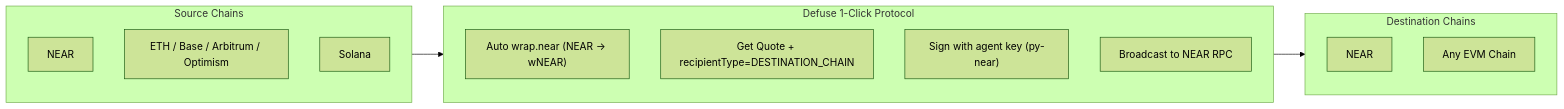
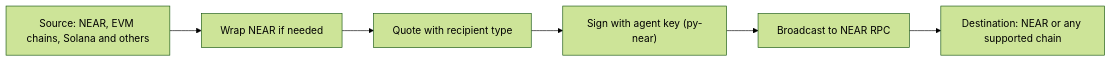
Diagram 11 of 11 in README.md (TheDarrk/N-agent), drawn with Mermaid (forest theme) before and after one commit. The commit also changed other lines of this file and 6 other files, not shown here.

````diff
--- a/README.md
+++ b/README.md
@@ -783,22 +676,8 @@
 ```mermaid
 flowchart LR
-    subgraph Sources["Source Chains"]
-        NEAR_S["NEAR"]
-        ETH_S["ETH / Base / Arbitrum / Optimism"]
-        SOL_S["Solana"]
-    end
-
-    subgraph Defuse["Defuse 1-Click Protocol"]
-        WRAP["Auto wrap.near (NEAR → wNEAR)"]
-        QUOTE["Get Quote + recipientType=DESTINATION_CHAIN"]
-        SIGN["Sign with agent key (py-near)"]
-        BCAST["Broadcast to NEAR RPC"]
-    end
-
-    subgraph Destinations["Destination Chains"]
-        NEAR_D["NEAR"]
-        EVM_D["Any EVM Chain"]
-    end
-
-    Sources --> Defuse --> Destinations
+    Src["Source: NEAR, EVM chains, Solana and others"] --> Wrap["Wrap NEAR if needed"]
+    Wrap --> Quote["Quote with recipient type"]
+    Quote --> Sign["Sign with agent key (py-near)"]
+    Sign --> RPC["Broadcast to NEAR RPC"]
+    RPC --> Dst["Destination: NEAR or any supported chain"]
 ```
````
